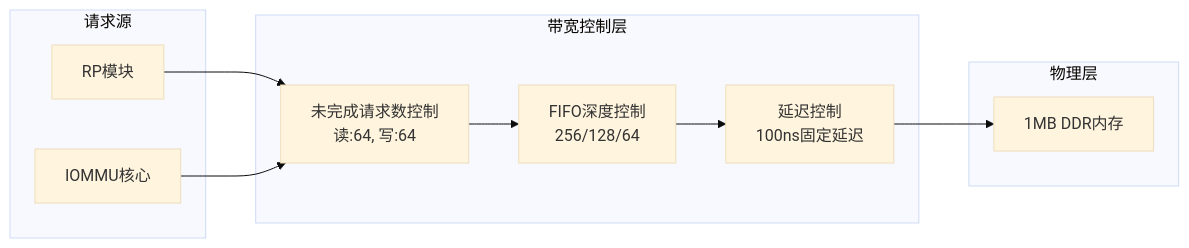
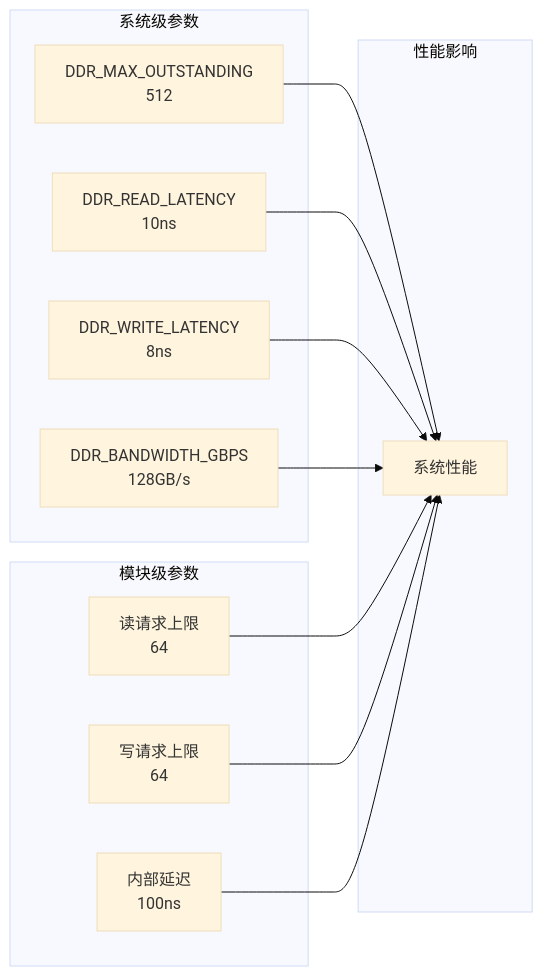
The fifth of 7 diagrams in .qoder/repowiki/zh/content/测试框架/DDR内存测试模块.md (jiangjiang1122/iommu_model_20260401_v1), drawn with Mermaid (base theme) before and after one commit. The commit also changed other lines of this file and 72 other files, not shown here.

````diff
--- a/.qoder/repowiki/zh/content/测试框架/DDR内存测试模块.md
+++ b/.qoder/repowiki/zh/content/测试框架/DDR内存测试模块.md
@@ -208,20 +227,24 @@
 ```mermaid
 graph LR
-subgraph "请求源"
-RP["RP模块"]
-IOMMU["IOMMU核心"]
+subgraph "系统级参数"
+DDR_MAX_OUTSTANDING["DDR_MAX_OUTSTANDING<br/>512"]
+DDR_READ_LATENCY["DDR_READ_LATENCY<br/>10ns"]
+DDR_WRITE_LATENCY["DDR_WRITE_LATENCY<br/>8ns"]
+DDR_BANDWIDTH_GBPS["DDR_BANDWIDTH_GBPS<br/>128GB/s"]
 end
-subgraph "带宽控制层"
-OUTSTANDING["未完成请求数控制<br/>读:64, 写:64"]
-FIFO["FIFO深度控制<br/>256/128/64"]
-LATENCY["延迟控制<br/>100ns固定延迟"]
+subgraph "模块级参数"
+DDR_READ_MAX_OUTSTANDING["读请求上限<br/>64"]
+DDR_WRITE_MAX_OUTSTANDING["写请求上限<br/>64"]
+DDR_INTERNAL_LATENCY_NS["内部延迟<br/>100ns"]
 end
-subgraph "物理层"
-DDR_MEM["1MB DDR内存"]
+subgraph "性能影响"
+PERFORMANCE["系统性能"]
 end
-RP --> OUTSTANDING
-IOMMU --> OUTSTANDING
-OUTSTANDING --> FIFO
-FIFO --> LATENCY
-LATENCY --> DDR_MEM
+DDR_MAX_OUTSTANDING --> PERFORMANCE
+DDR_READ_LATENCY --> PERFORMANCE
+DDR_WRITE_LATENCY --> PERFORMANCE
+DDR_BANDWIDTH_GBPS --> PERFORMANCE
+DDR_READ_MAX_OUTSTANDING --> PERFORMANCE
+DDR_WRITE_MAX_OUTSTANDING --> PERFORMANCE
+DDR_INTERNAL_LATENCY_NS --> PERFORMANCE
 ```
````
